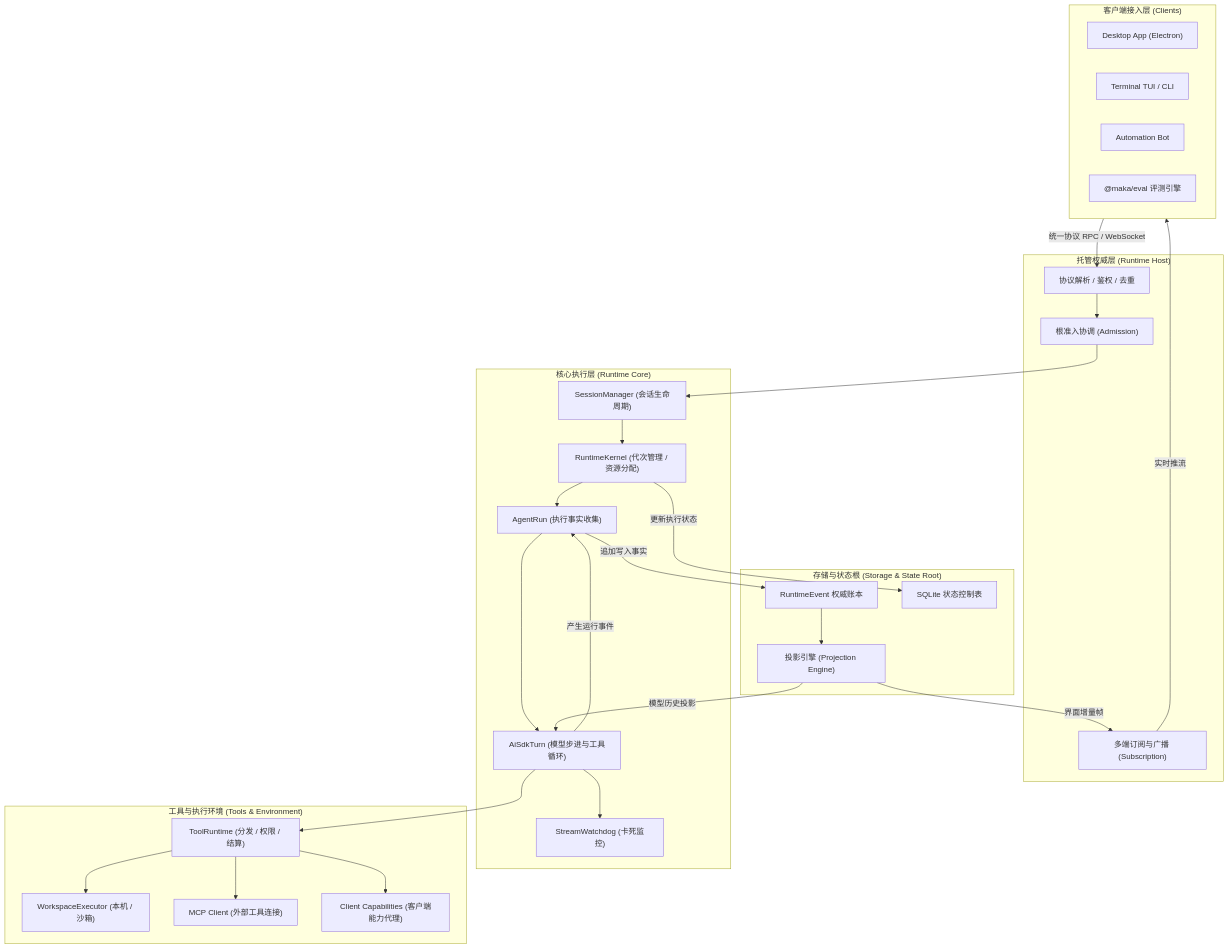
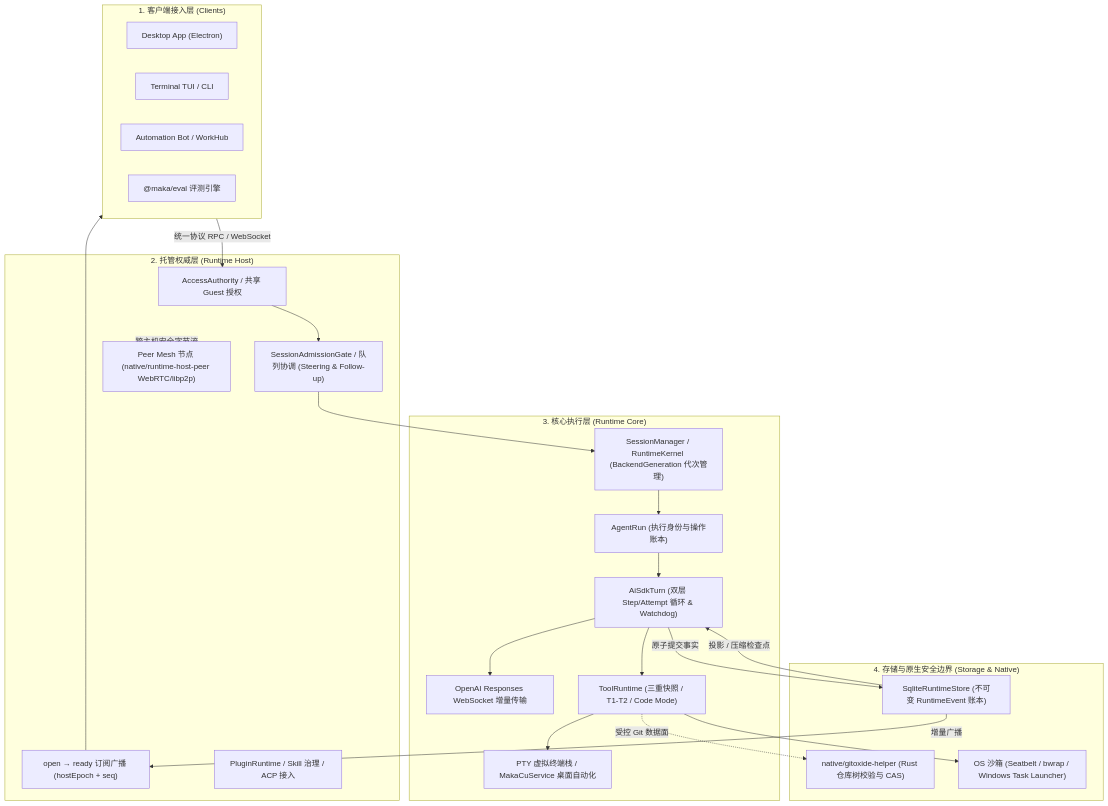
One commit to suger-m/agent-infrastructure-docs changed the first of 3 diagrams in maka-agent-infra/README.md. Above: the diagram before and after it, drawn with Mermaid. The commit also changed other lines of this file and 31 other files, not shown here.

Commit message:
docs: expand and split maka-agent-infra TS edition (32 chapters, 725KB)

````diff
--- a/maka-agent-infra/README.md
+++ b/maka-agent-infra/README.md
@@ -24,57 +26,48 @@
 ```mermaid
 flowchart TB
-    subgraph Clients["客户端接入层 (Clients)"]
+    subgraph Clients["1. 客户端接入层 (Clients)"]
         Desk["Desktop App (Electron)"]
         TUI["Terminal TUI / CLI"]
-        Bot["Automation Bot"]
+        Bot["Automation Bot / WorkHub"]
         Eval["@maka/eval 评测引擎"]
     end
 
-    subgraph Host["托管权威层 (Runtime Host)"]
-        Auth["协议解析 / 鉴权 / 去重"]
-        Adm["根准入协调 (Admission)"]
-        Sub["多端订阅与广播 (Subscription)"]
+    subgraph Host["2. 托管权威层 (Runtime Host)"]
+        Auth["AccessAuthority / 共享 Guest 授权"]
+        Adm["SessionAdmissionGate / 队列协调 (Steering & Follow-up)"]
+        Sub["open → ready 订阅广播 (hostEpoch + seq)"]
+        Plugin["PluginRuntime / Skill 治理 / ACP 接入"]
+        Mesh["Peer Mesh 节点 (native/runtime-host-peer WebRTC/libp2p)"]
     end
 
-    subgraph Runtime["核心执行层 (Runtime Core)"]
-        SM["SessionManager (会话生命周期)"]
-        K["RuntimeKernel (代次管理 / 资源分配)"]
-        Run["AgentRun (执行事实收集)"]
-        Turn["AiSdkTurn (模型步进与工具循环)"]
-        Watch["StreamWatchdog (卡死监控)"]
+    subgraph Runtime["3. 核心执行层 (Runtime Core)"]
+        SM["SessionManager / RuntimeKernel (BackendGeneration 代次管理)"]
+        Run["AgentRun (执行身份与操作账本)"]
+        Turn["AiSdkTurn (双层 Step/Attempt 循环 & Watchdog)"]
+        WS["OpenAI Responses WebSocket 增量传输"]
+        Tools["ToolRuntime (三重快照 / T1-T2 / Code Mode)"]
+        PTY["PTY 虚拟终端栈 / MakaCuService 桌面自动化"]
     end
 
-    subgraph ToolsEnv["工具与执行环境 (Tools & Environment)"]
-        TR["ToolRuntime (分发 / 权限 / 结算)"]
-        Exec["WorkspaceExecutor (本机 / 沙箱)"]
-        MCP["MCP Client (外部工具连接)"]
-        CC["Client Capabilities (客户端能力代理)"]
-    end
-
-    subgraph StorageLayer["存储与状态根 (Storage & State Root)"]
-        EventLog["RuntimeEvent 权威账本"]
-        Snap["SQLite 状态控制表"]
-        Proj["投影引擎 (Projection Engine)"]
+    subgraph StorageNative["4. 存储与原生安全边界 (Storage & Native)"]
+        EventLog["SqliteRuntimeStore (不可变 RuntimeEvent 账本)"]
+        Gitoxide["native/gitoxide-helper (Rust 仓库树校验与 CAS)"]
+        Sandbox["OS 沙箱 (Seatbelt / bwrap / Windows Task Launcher)"]
     end
 
     Clients -->|"统一协议 RPC / WebSocket"| Auth
     Auth --> Adm
     Adm --> SM
-    SM --> K
-    K --> Run
+    SM --> Run
     Run --> Turn
-    Turn --> Watch
-    Turn --> TR
-    TR --> Exec
-    TR --> MCP
-    TR --> CC
-    
-    Turn -->|产生运行事件| Run
-    Run -->|追加写入事实| EventLog
-    K -->|更新执行状态| Snap
-    
-    EventLog --> Proj
-    Proj -->|模型历史投影| Turn
-    Proj -->|界面增量帧| Sub
-    Sub -->|实时推流| Clients
+    Turn --> WS
+    Turn --> Tools
+    Tools --> PTY
+    Tools --> Sandbox
+    Turn -->|"原子提交事实"| EventLog
+    EventLog -->|"投影 / 压缩检查点"| Turn
+    EventLog -->|"增量广播"| Sub
+    Sub --> Clients
+    Host -.->|"跨主机安全字节流"| Mesh
+    Tools -.->|"受控 Git 数据面"| Gitoxide
 ```
````
